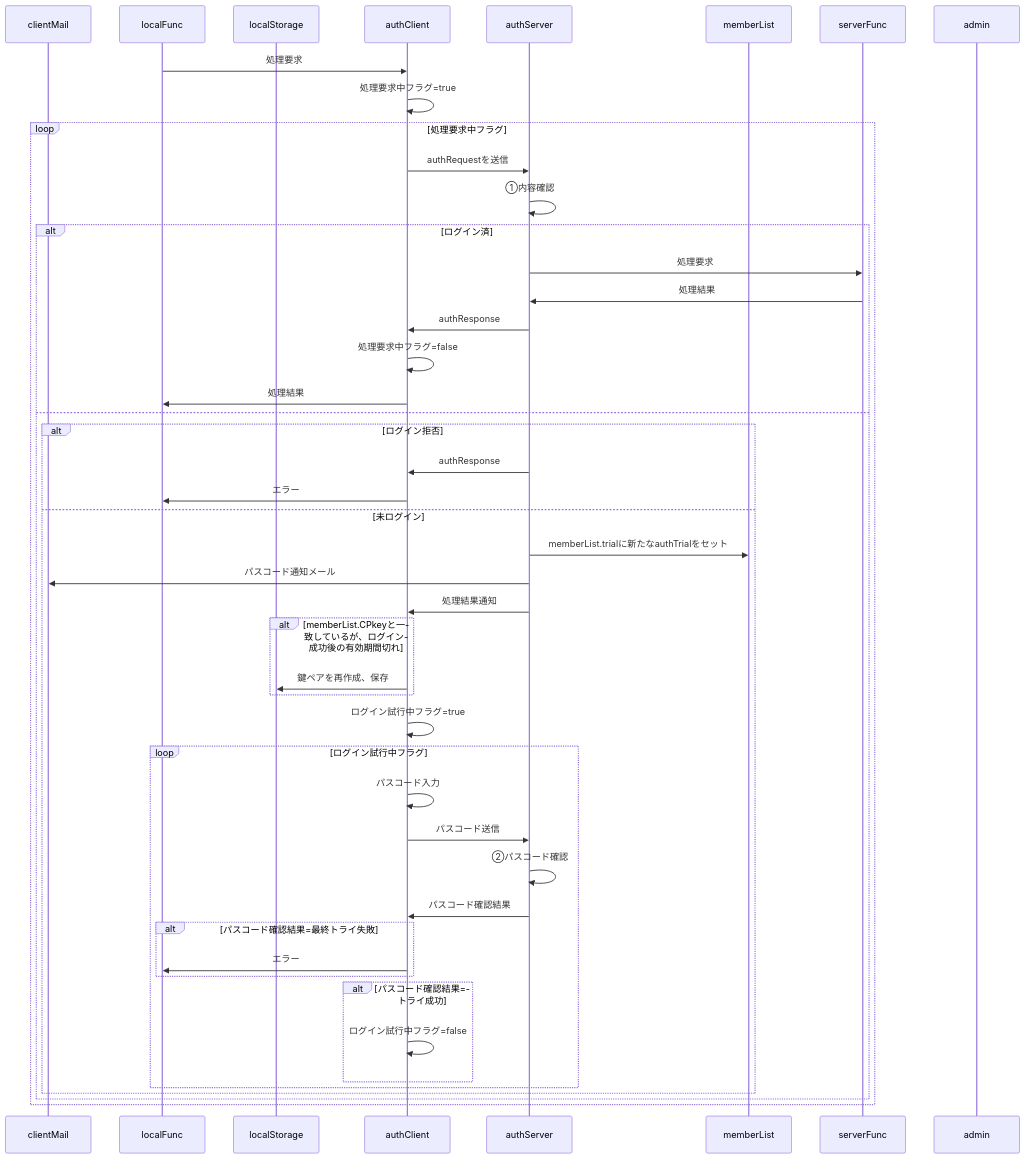
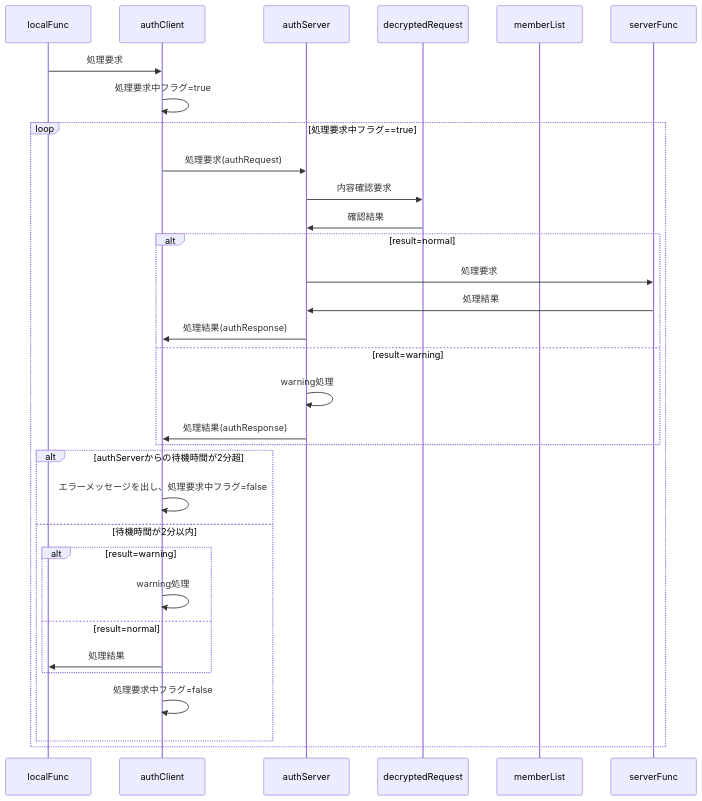
Before and after one commit to nakaone/library: the third of 3 diagrams in underDev/Auth/question.md, drawn with Mermaid. The commit also changed other lines of this file and 13 other files, not shown here.

````diff
--- a/underDev/Auth/question.md
+++ b/underDev/Auth/question.md
@@ -108,58 +212,42 @@
 ```mermaid
 sequenceDiagram
-  participant clientMail
+  %%participant clientMail
   participant localFunc
-  participant localStorage
   participant authClient
   participant authServer
+  participant decryptedRequest
   participant memberList
   participant serverFunc
-  participant admin
+  %%participant admin
 
   localFunc->>authClient: 処理要求
   authClient->>authClient: 処理要求中フラグ=true
-  loop 処理要求中フラグ
-    authClient->>authServer: authRequestを送信
-    authServer->>authServer: ①内容確認
+  loop 処理要求中フラグ==true
+    authClient->>authServer: 処理要求(authRequest)
 
-    alt ログイン済
+    %% サーバ側処理
+    authServer->>decryptedRequest: 内容確認要求
+    decryptedRequest->>authServer: 確認結果
+
+    alt result=normal
       authServer->>serverFunc: 処理要求
       serverFunc->>authServer: 処理結果
-      authServer->>authClient: authResponse
+      authServer->>authClient: 処理結果(authResponse)
+    else result=warning
+      authServer->>authServer: warning処理
+      authServer->>authClient: 処理結果(authResponse)
+    end
+
+    %% クライアント側処理
+    alt authServerからの待機時間が2分超
+      authClient->>authClient: エラーメッセージを出し、処理要求中フラグ=false
+    else 待機時間が2分以内
+      alt result=warning
+        authClient->>authClient: warning処理
+      else result=normal
+        authClient->>localFunc: 処理結果
+      end
       authClient->>authClient: 処理要求中フラグ=false
-      authClient->>localFunc: 処理結果
-    else
-      alt ログイン拒否
-        authServer->>authClient: authResponse
-        authClient->>localFunc: エラー
-      else 未ログイン
-        %% サーバ側作業
-        authServer->>memberList: memberList.trialに新たなauthTrialをセット
-        authServer->>clientMail: パスコード通知メール
-        authServer->>authClient: 処理結果通知
-
-        %% クライアント側作業
-        alt memberList.CPkeyと一致しているが、ログイン成功後の有効期間切れ
-          authClient->>localStorage: 鍵ペアを再作成、保存
-        end
-
-        authClient->>authClient: ログイン試行中フラグ=true
-        loop ログイン試行中フラグ
-          authClient->>authClient: パスコード入力
-          authClient->>authServer: パスコード送信
-
-          %% サーバ側作業
-          authServer->>authServer: ②パスコード確認
-          authServer->>authClient: パスコード確認結果
-
-          alt パスコード確認結果=最終トライ失敗
-            authClient->>localFunc: エラー
-          end
-          alt パスコード確認結果=トライ成功
-            authClient->>authClient: ログイン試行中フラグ=false
-          end
-        end
-      end
     end
   end
 ```
````
